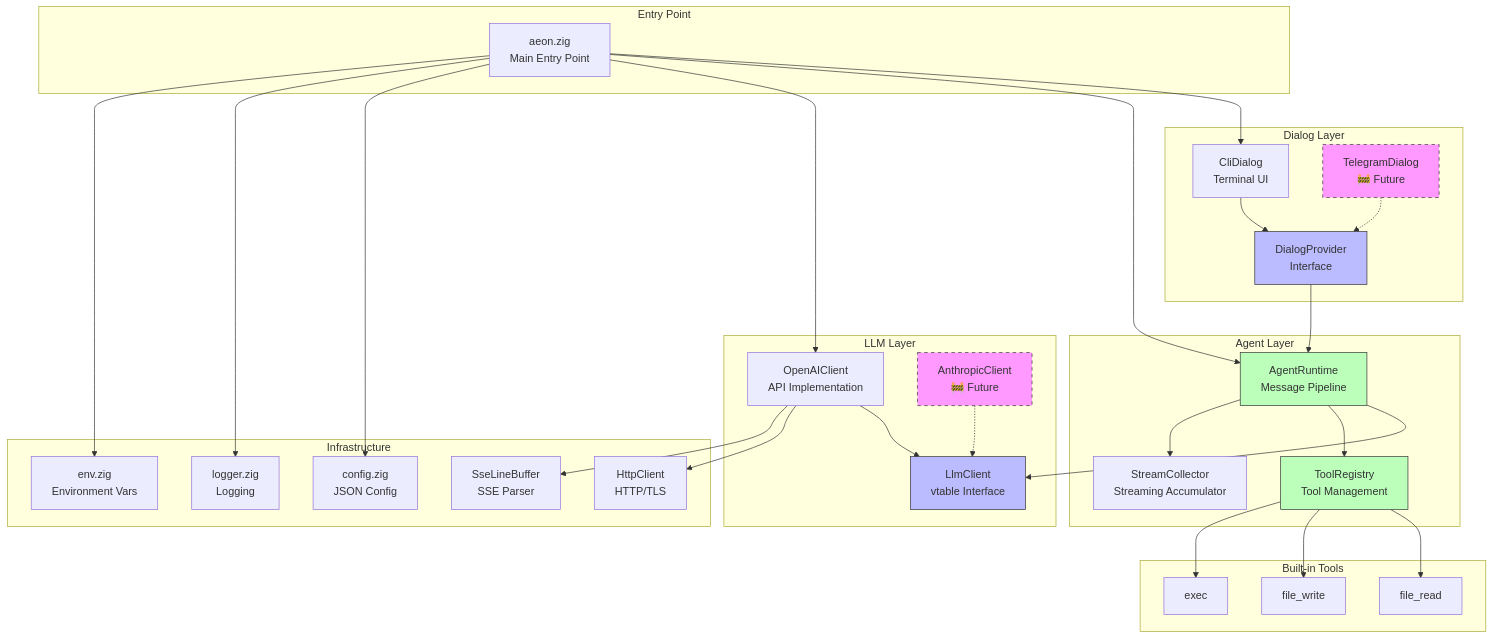
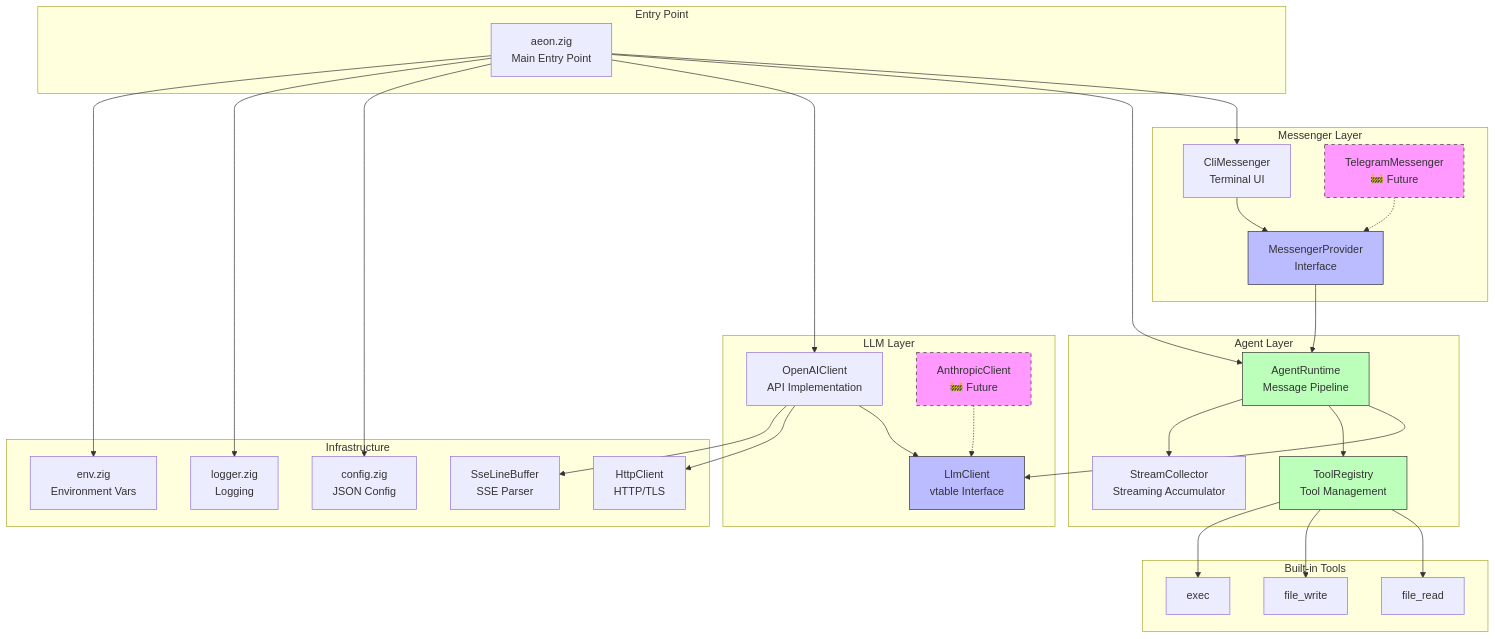
One commit to VM-development/aeon changed the first of 7 diagrams in docs/ARCHITECTURE.md. Above: the diagram before and after it, drawn with Mermaid. The commit also changed other lines of this file and 11 other files, not shown here.

Commit message:
feat: Refactor dialog system to messenger system; enhance skills loading and configuration handling

````diff
--- a/docs/ARCHITECTURE.md
+++ b/docs/ARCHITECTURE.md
@@ -22,73 +22,73 @@
 ```mermaid
 graph TB
     subgraph "Entry Point"
         MAIN[aeon.zig<br/>Main Entry Point]
     end
 
-    subgraph "Dialog Layer"
-        DP[DialogProvider<br/>Interface]
-        CLI[CliDialog<br/>Terminal UI]
-        TG[TelegramDialog<br/>🚧 Future]
+    subgraph "Messenger Layer"
+        DP[MessengerProvider<br/>Interface]
+        CLI[CliMessenger<br/>Terminal UI]
+        TG[TelegramMessenger<br/>🚧 Future]
     end
 
     subgraph "Agent Layer"
         RT[AgentRuntime<br/>Message Pipeline]
         TR[ToolRegistry<br/>Tool Management]
         SC[StreamCollector<br/>Streaming Accumulator]
     end
 
     subgraph "LLM Layer"
         LC[LlmClient<br/>vtable Interface]
         OAI[OpenAIClient<br/>API Implementation]
         ANT[AnthropicClient<br/>🚧 Future]
     end
 
     subgraph "Infrastructure"
         HTTP[HttpClient<br/>HTTP/TLS]
         SSE[SseLineBuffer<br/>SSE Parser]
         ENV[env.zig<br/>Environment Vars]
         CFG[config.zig<br/>JSON Config]
         LOG[logger.zig<br/>Logging]
     end
 
     subgraph "Built-in Tools"
         T1[file_read]
         T2[file_write]
         T3[exec]
     end
 
     %% Entry point connections
     MAIN --> CLI
     MAIN --> RT
     MAIN --> OAI
     MAIN --> CFG
     MAIN --> LOG
     MAIN --> ENV
 
-    %% Dialog layer
+    %% Messenger layer
     CLI --> DP
     TG -.-> DP
     DP --> RT
 
     %% Agent layer
     RT --> LC
     RT --> TR
     RT --> SC
     TR --> T1
     TR --> T2
     TR --> T3
 
     %% LLM layer
     OAI --> LC
     ANT -.-> LC
     OAI --> HTTP
     OAI --> SSE
 
     %% Styling
     classDef future fill:#f9f,stroke:#333,stroke-dasharray: 5 5
     classDef interface fill:#bbf,stroke:#333
     classDef core fill:#bfb,stroke:#333
     class TG,ANT future
     class DP,LC interface
     class RT,TR core
 ```
````
